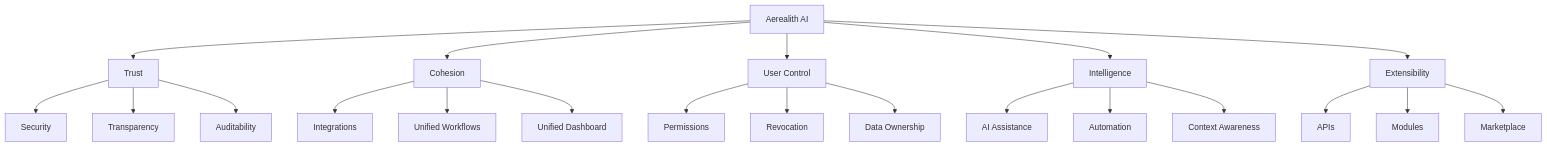
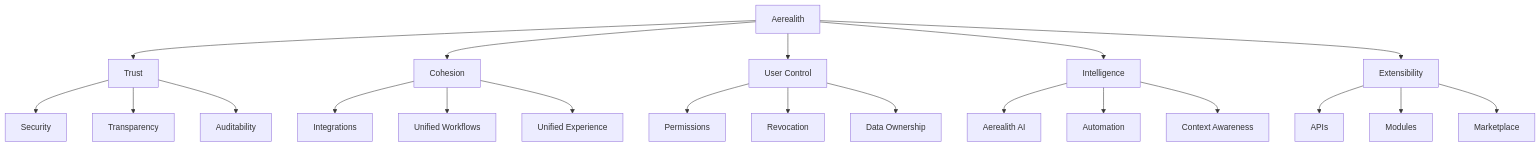
The first of 3 diagrams in docs/vision/Positioning.md (SinLess-Games/Aerealith), drawn with Mermaid before and after one commit. The commit also changed other lines of this file and 1352 other files, not shown here.

````diff
--- a/docs/vision/Positioning.md
+++ b/docs/vision/Positioning.md
@@ -143,30 +375,30 @@
 ```mermaid
 flowchart TD
-    A["Aerealith AI"]
+    A["Aerealith"]
 
     A --> Trust["Trust"]
     A --> Cohesion["Cohesion"]
     A --> Control["User Control"]
     A --> Intelligence["Intelligence"]
     A --> Extensibility["Extensibility"]
 
     Trust --> Security["Security"]
     Trust --> Transparency["Transparency"]
     Trust --> Auditability["Auditability"]
 
     Cohesion --> Integrations["Integrations"]
     Cohesion --> Workflows["Unified Workflows"]
-    Cohesion --> Dashboard["Unified Dashboard"]
+    Cohesion --> Experience["Unified Experience"]
 
     Control --> Permissions["Permissions"]
     Control --> Revocation["Revocation"]
     Control --> Ownership["Data Ownership"]
 
-    Intelligence --> AI["AI Assistance"]
+    Intelligence --> Assistant["Aerealith AI"]
     Intelligence --> Automation["Automation"]
     Intelligence --> Context["Context Awareness"]
 
     Extensibility --> APIs["APIs"]
     Extensibility --> Modules["Modules"]
     Extensibility --> Marketplace["Marketplace"]
 ```
````
